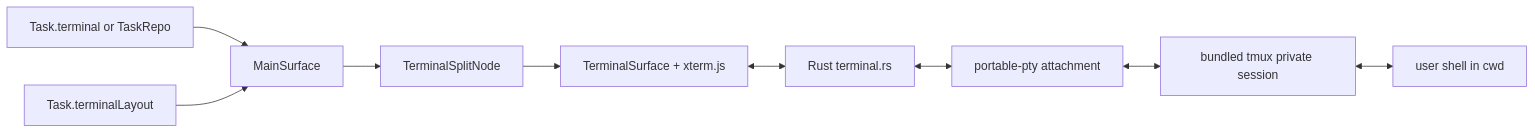
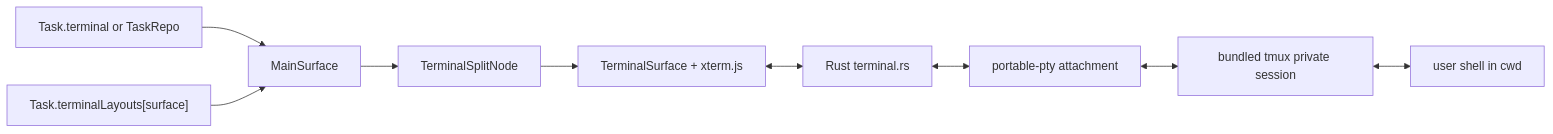
Before and after one commit to gh0stonio/pinata: diagram 12 of 12 in docs/architecture.md, drawn with Mermaid. The commit also changed other lines of this file and 14 other files, not shown here.

````diff
--- a/docs/architecture.md
+++ b/docs/architecture.md
@@ -787,21 +790,21 @@
 ```mermaid
 flowchart LR
     Surface["Task.terminal or TaskRepo"]
-    Layout["Task.terminalLayout"]
+    Layout["Task.terminalLayouts[surface]"]
     MainSurface["MainSurface"]
     SplitNode["TerminalSplitNode"]
     TerminalSurface["TerminalSurface + xterm.js"]
     RustTerminal["Rust terminal.rs"]
     PTY["portable-pty attachment"]
     Tmux["bundled tmux private session"]
     Shell["user shell in cwd"]
 
     Surface --> MainSurface
     Layout --> MainSurface
     MainSurface --> SplitNode
     SplitNode --> TerminalSurface
     TerminalSurface <--> RustTerminal
     RustTerminal <--> PTY
     PTY <--> Tmux
     Tmux <--> Shell
 ```
````
